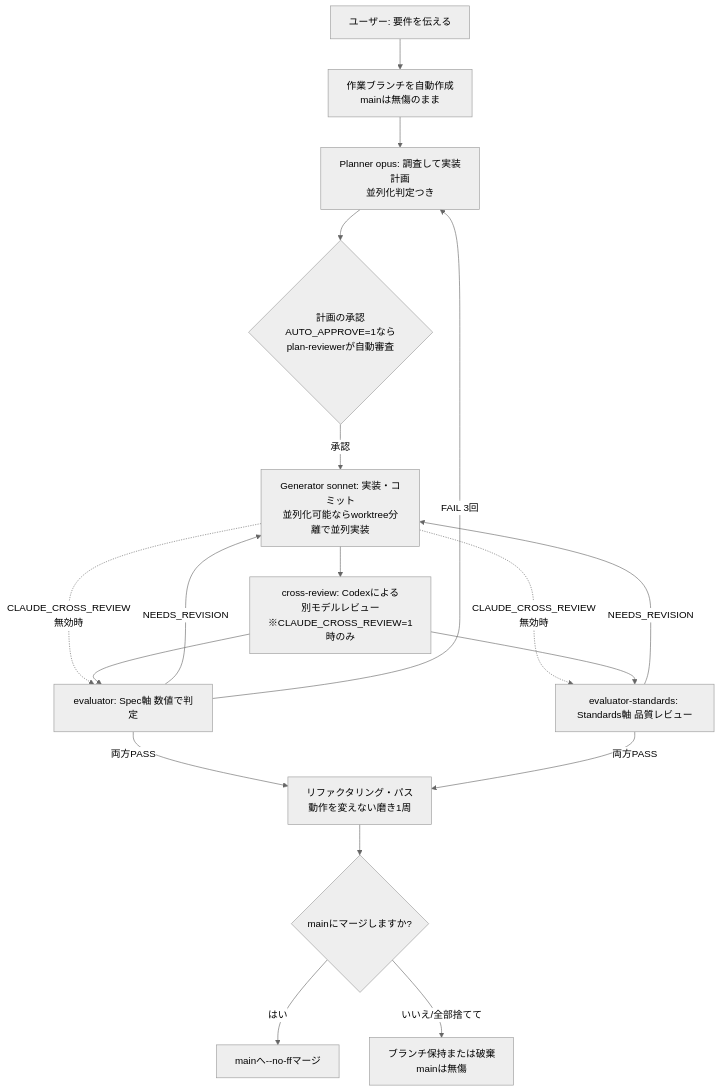
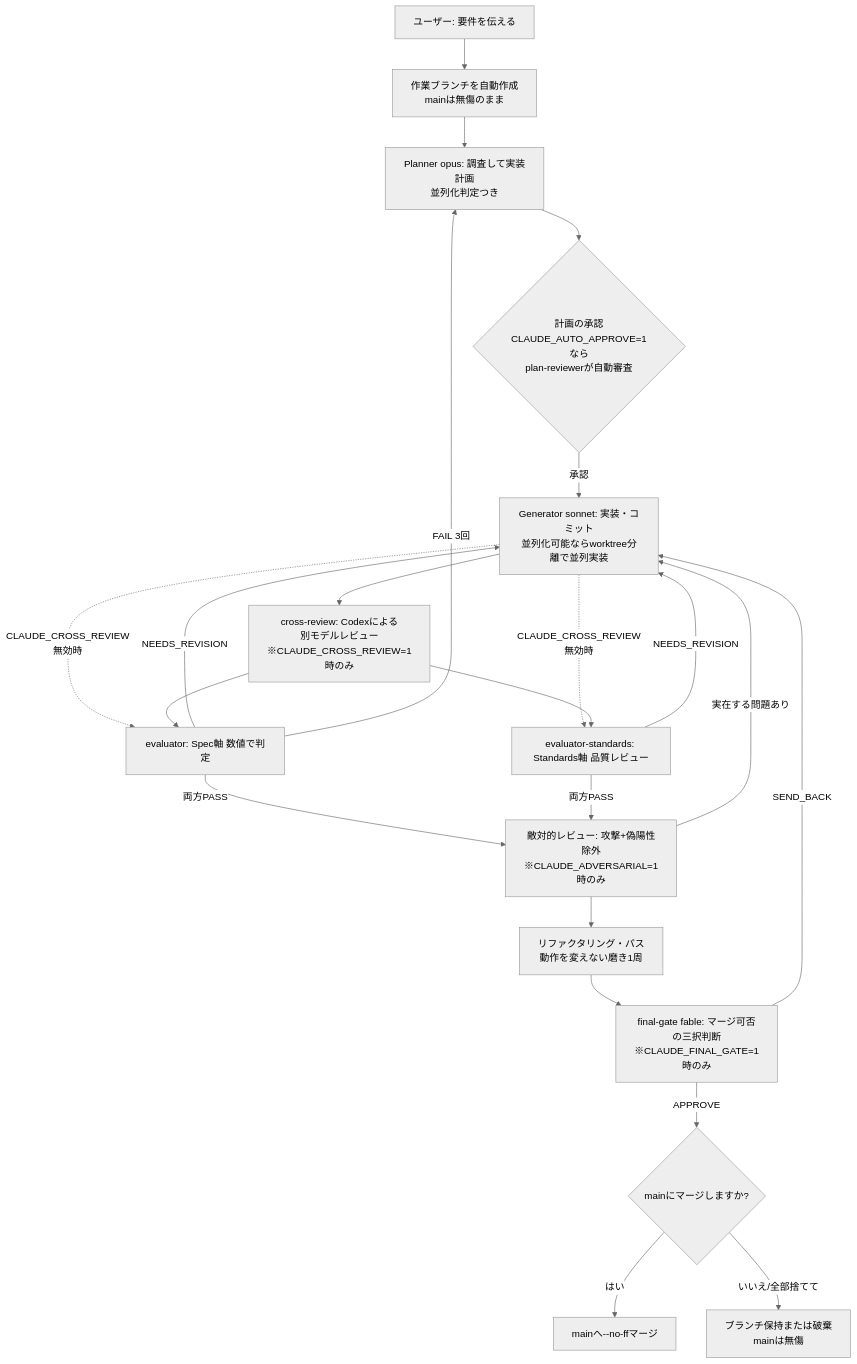
Before and after one commit to takayoshitoyoda05/claude-ml-template: the first of 2 diagrams in README.md, drawn with Mermaid (neutral theme). The commit also changed other lines of this file, not shown here.

Commit message:
docs: README監査5回目 — 冒頭図に3層レビューを反映、旧表記の取りこぼし修正
- 冒頭のワークフロー図に敵対的レビュー(偽陽性除外・差し戻し経路)と
  final-gate(三択判断・SEND_BACK経路)を追加
- CノードのAUTO_APPROVE表記を正式名CLAUDE_AUTO_APPROVEに修正
  (前回の置換がアンカー不一致でsilent no-opになっていた取りこぼし)
- 4.6の段階的ゲート一覧にADVERSARIAL/FINAL_GATEを追加
- 機械照合(テーブル列数・agents9/skills23/env13・ツリー・節番号3.1〜3.16)は全一致

````diff
--- a/README.md
+++ b/README.md
@@ -7,18 +7,22 @@
 ```mermaid
 flowchart TD
     A[ユーザー: 要件を伝える] --> BR[作業ブランチを自動作成<br>mainは無傷のまま]
     BR --> B[Planner opus: 調査して実装計画<br>並列化判定つき]
-    B --> C{計画の承認<br>AUTO_APPROVE=1ならplan-reviewerが自動審査}
+    B --> C{計画の承認<br>CLAUDE_AUTO_APPROVE=1なら<br>plan-reviewerが自動審査}
     C -->|承認| D[Generator sonnet: 実装・コミット<br>並列化可能ならworktree分離で並列実装]
     D --> X[cross-review: Codexによる<br>別モデルレビュー<br>※CLAUDE_CROSS_REVIEW=1時のみ]
     D -.->|CLAUDE_CROSS_REVIEW無効時| E
     D -.->|CLAUDE_CROSS_REVIEW無効時| F
     X --> E[evaluator: Spec軸 数値で判定]
     X --> F[evaluator-standards: Standards軸 品質レビュー]
-    E & F -->|両方PASS| P[リファクタリング・パス<br>動作を変えない磨き1周]
+    E & F -->|両方PASS| AD[敵対的レビュー: 攻撃+偽陽性除外<br>※CLAUDE_ADVERSARIAL=1時のみ]
     E & F -->|NEEDS_REVISION| D
     E -->|FAIL 3回| B
-    P --> M{mainにマージしますか?}
+    AD --> P[リファクタリング・パス<br>動作を変えない磨き1周]
+    AD -->|実在する問題あり| D
+    P --> FG[final-gate fable: マージ可否の三択判断<br>※CLAUDE_FINAL_GATE=1時のみ]
+    FG -->|APPROVE| M{mainにマージしますか?}
+    FG -->|SEND_BACK| D
     M -->|はい| G[mainへ--no-ffマージ]
     M -->|いいえ/全部捨てて| K[ブランチ保持または破棄<br>mainは無傷]
 ```
````
